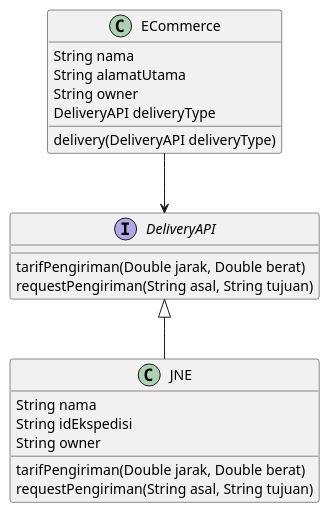
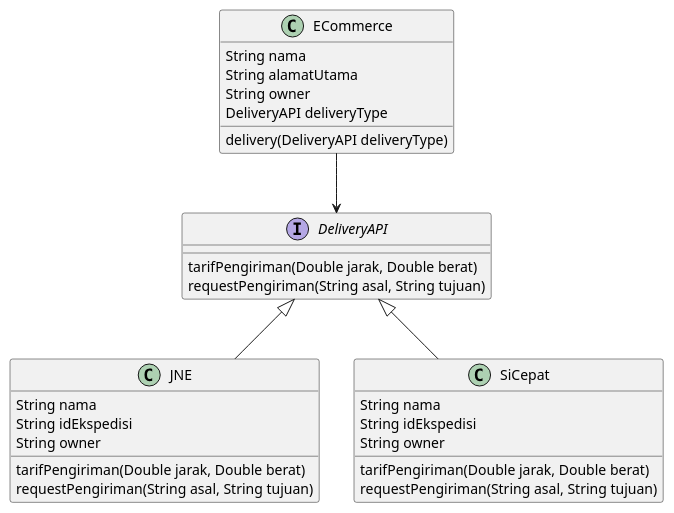
One commit to rizki0987/pbpu-a-2022 changed the diagram in Kelompok 2/uml-diagram-kel-2.puml. Above: the diagram before and after it, drawn with PlantUML.

```diff
--- a/Kelompok 2/uml-diagram-kel-2.puml
+++ b/Kelompok 2/uml-diagram-kel-2.puml
@@ -1,25 +1,34 @@
 @startuml
 class ECommerce {
     String nama
     String alamatUtama
     String owner
     DeliveryAPI deliveryType
     delivery(DeliveryAPI deliveryType)
 }
 
 interface DeliveryAPI {
     tarifPengiriman(Double jarak, Double berat)
     requestPengiriman(String asal, String tujuan)
 }
 
 class JNE {
     String nama
     String idEkspedisi
     String owner
     tarifPengiriman(Double jarak, Double berat)
     requestPengiriman(String asal, String tujuan)
 }
 
+class SiCepat {
+    String nama
+    String idEkspedisi
+    String owner
+    tarifPengiriman(Double jarak, Double berat)
+    requestPengiriman(String asal, String tujuan)
+}
+
 ECommerce --> DeliveryAPI
 DeliveryAPI <|-- JNE
+DeliveryAPI <|-- SiCepat
 @enduml
```
